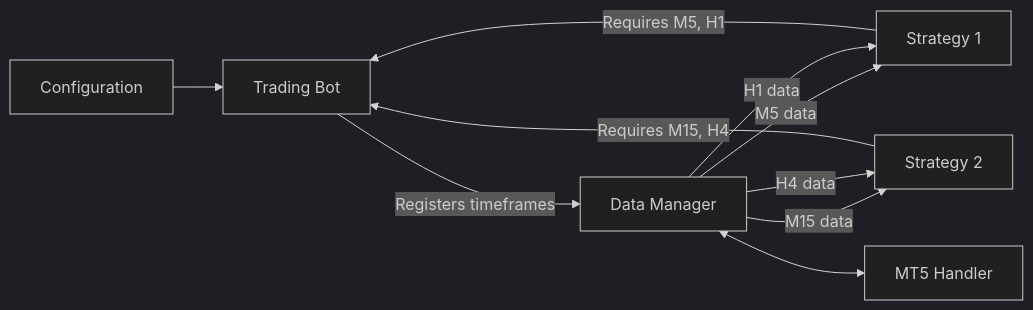
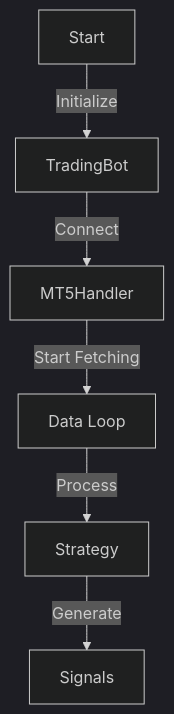
Before and after one commit to Ethansi2947E/Trading-Bot2: the third of 3 diagrams in memory-bank/systemPatterns.md, drawn with Mermaid (dark theme). The commit also changed other lines of this file and 20 other files, not shown here.

````diff
--- a/memory-bank/systemPatterns.md
+++ b/memory-bank/systemPatterns.md
@@ -119,12 +144,8 @@
-```mermaid
-flowchart LR
-    Config[Configuration] --> TB[Trading Bot]
-    TB --> |Registers timeframes| DM[Data Manager]
-    SG1[Strategy 1] --> |Requires M5, H1| TB
-    SG2[Strategy 2] --> |Requires M15, H4| TB
-    DM --> |M5 data| SG1
-    DM --> |H1 data| SG1
-    DM --> |M15 data| SG2
-    DM --> |H4 data| SG2
-    DM <--> MT5[MT5 Handler]
-```
+   ```mermaid
+   graph TD
+       Start[Start] -->|Initialize| Bot[TradingBot]
+       Bot -->|Connect| MT5[MT5Handler]
+       MT5 -->|Start Fetching| Data[Data Loop]
+       Data -->|Process| Strategy[Strategy]
+       Strategy -->|Generate| Signals[Signals]
+   ```
````
